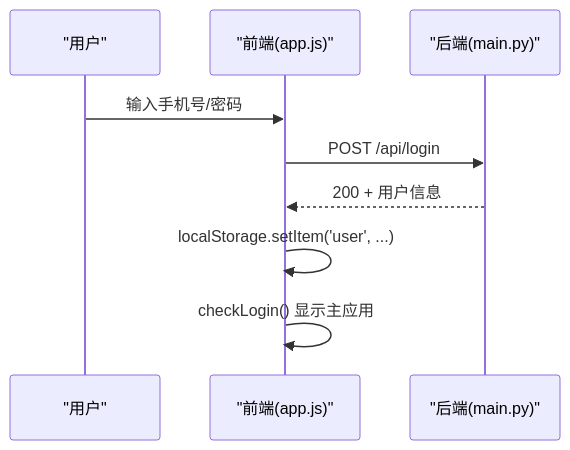
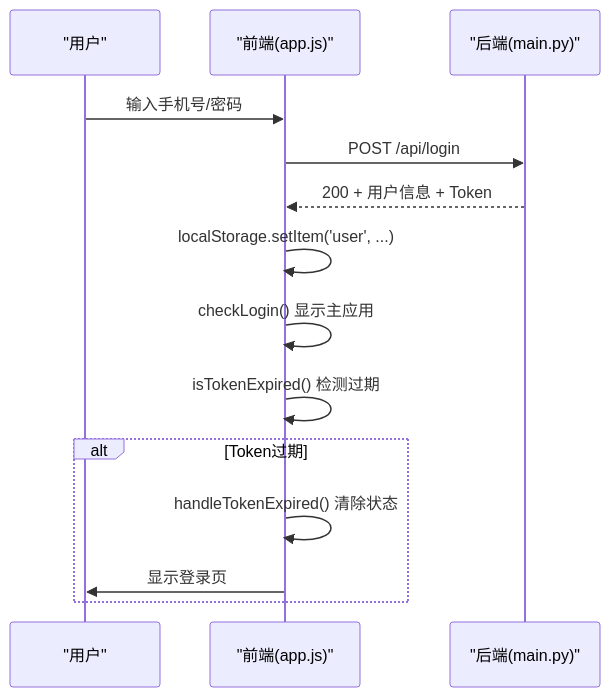
The third of 13 diagrams in .qoder/repowiki/zh/content/Web界面/Web界面.md (qq20739111/weilushishe-lishitai), drawn with Mermaid before and after one commit. The commit also changed other lines of this file and 23 other files, not shown here.

````diff
--- a/.qoder/repowiki/zh/content/Web界面/Web界面.md
+++ b/.qoder/repowiki/zh/content/Web界面/Web界面.md
@@ -179,11 +191,16 @@
 ```mermaid
 sequenceDiagram
 participant U as "用户"
 participant FE as "前端(app.js)"
 participant API as "后端(main.py)"
 U->>FE : 输入手机号/密码
 FE->>API : POST /api/login
-API-->>FE : 200 + 用户信息
+API-->>FE : 200 + 用户信息 + Token
 FE->>FE : localStorage.setItem('user', ...)
 FE->>FE : checkLogin() 显示主应用
+FE->>FE : isTokenExpired() 检测过期
+alt Token过期
+FE->>FE : handleTokenExpired() 清除状态
+FE->>U : 显示登录页
+end
 ```
````
